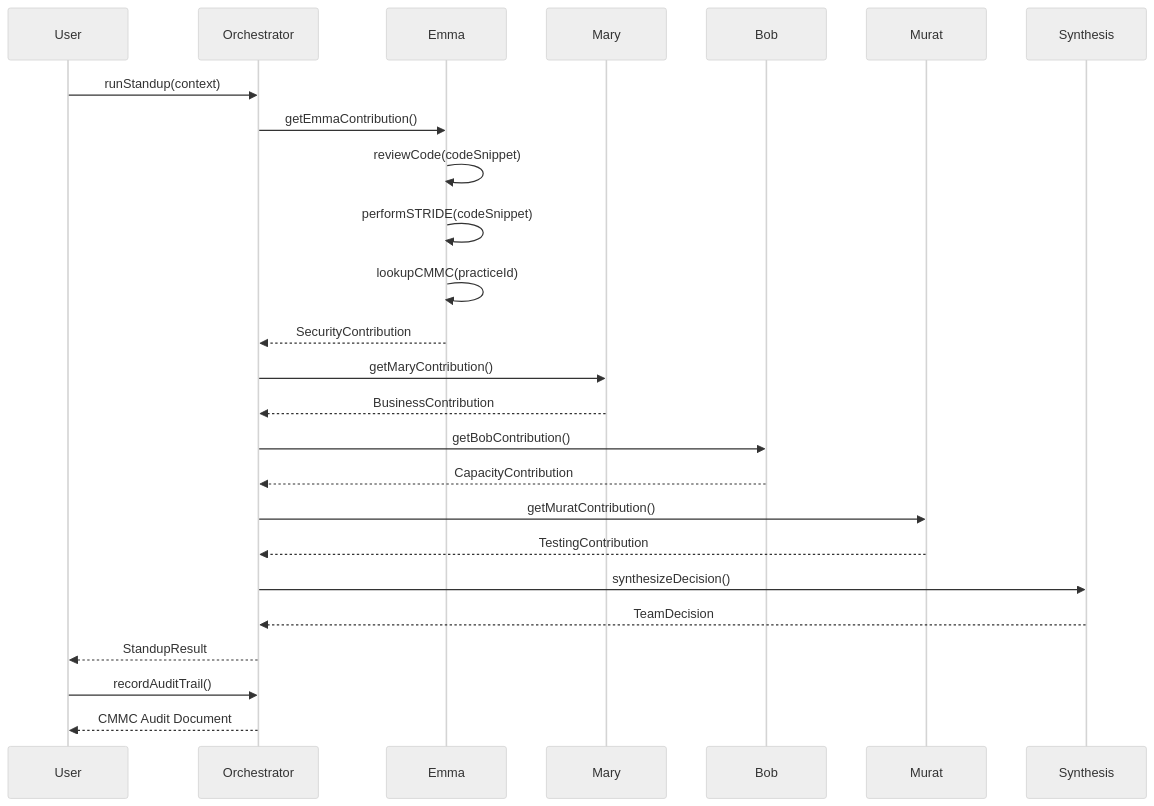
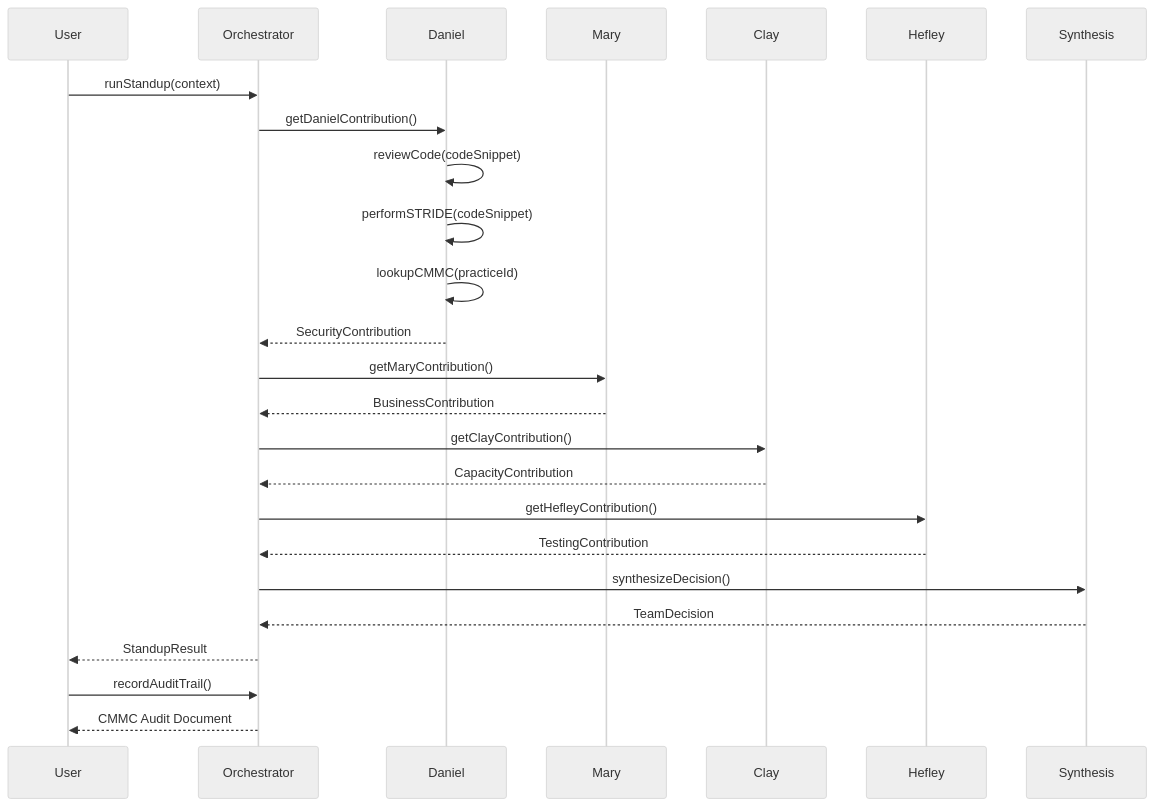
Before and after one commit to banjoey/FORGE: the second of 6 diagrams in docs/ARCHITECTURE.md, drawn with Mermaid (neutral theme). The commit also changed other lines of this file and 60 other files, not shown here.

````diff
--- a/docs/ARCHITECTURE.md
+++ b/docs/ARCHITECTURE.md
@@ -83,35 +83,35 @@
 ```mermaid
 sequenceDiagram
     participant User
     participant Orchestrator
-    participant Emma
+    participant Daniel
     participant Mary
-    participant Bob
-    participant Murat
+    participant Clay
+    participant Hefley
     participant Synthesis
 
     User->>Orchestrator: runStandup(context)
 
-    Orchestrator->>Emma: getEmmaContribution()
-    Emma->>Emma: reviewCode(codeSnippet)
-    Emma->>Emma: performSTRIDE(codeSnippet)
-    Emma->>Emma: lookupCMMC(practiceId)
-    Emma-->>Orchestrator: SecurityContribution
+    Orchestrator->>Daniel: getDanielContribution()
+    Daniel->>Daniel: reviewCode(codeSnippet)
+    Daniel->>Daniel: performSTRIDE(codeSnippet)
+    Daniel->>Daniel: lookupCMMC(practiceId)
+    Daniel-->>Orchestrator: SecurityContribution
 
     Orchestrator->>Mary: getMaryContribution()
     Mary-->>Orchestrator: BusinessContribution
 
-    Orchestrator->>Bob: getBobContribution()
-    Bob-->>Orchestrator: CapacityContribution
+    Orchestrator->>Clay: getClayContribution()
+    Clay-->>Orchestrator: CapacityContribution
 
-    Orchestrator->>Murat: getMuratContribution()
-    Murat-->>Orchestrator: TestingContribution
+    Orchestrator->>Hefley: getHefleyContribution()
+    Hefley-->>Orchestrator: TestingContribution
 
     Orchestrator->>Synthesis: synthesizeDecision()
     Synthesis-->>Orchestrator: TeamDecision
 
     Orchestrator-->>User: StandupResult
 
     User->>Orchestrator: recordAuditTrail()
     Orchestrator-->>User: CMMC Audit Document
 ```
````
